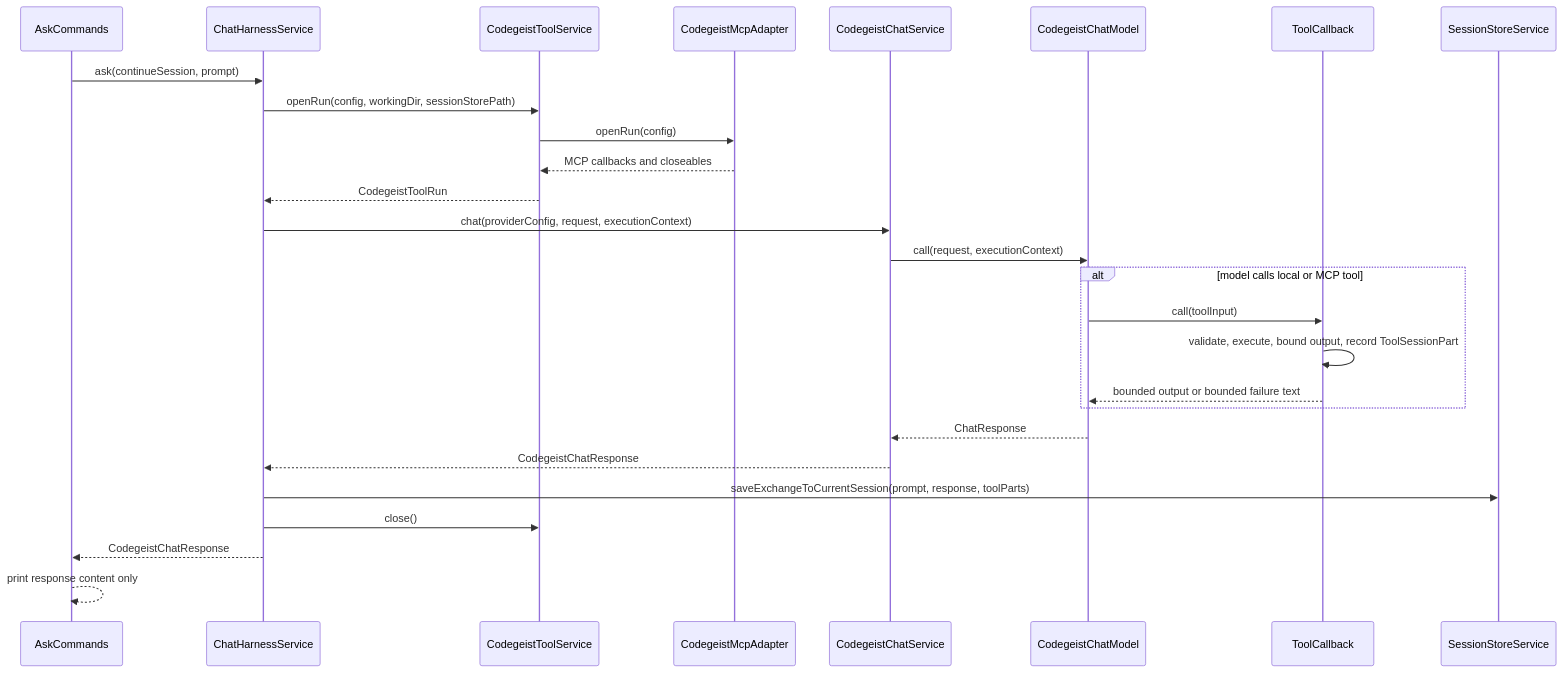
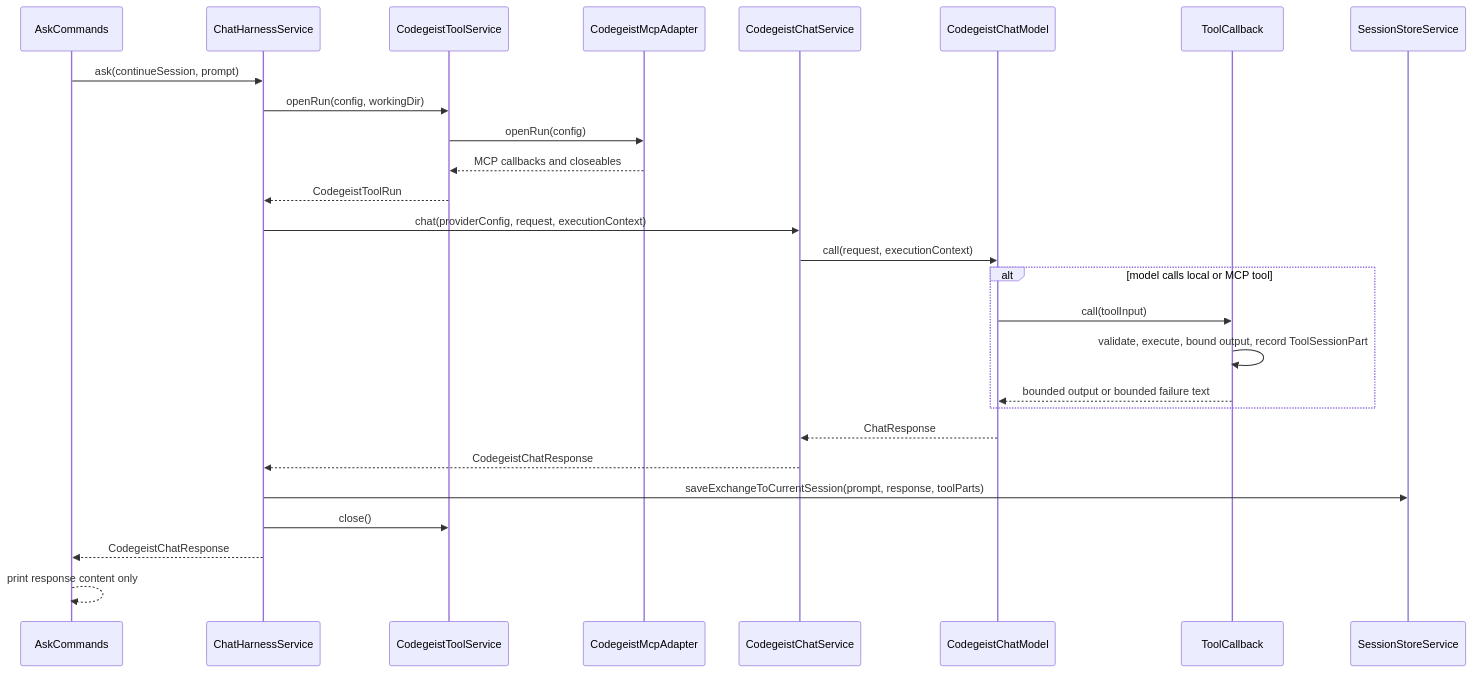
The sixth of 6 diagrams in docs/tasks/T007_build-codegeist-runtime-harness/mcp-and-readwrite-tools-implementation-plan.md (codegeist-ai/codegeist), drawn with Mermaid before and after one commit. The commit also changed other lines of this file and 55 other files, not shown here.

````diff
--- a/docs/tasks/T007_build-codegeist-runtime-harness/mcp-and-readwrite-tools-implementation-plan.md
+++ b/docs/tasks/T007_build-codegeist-runtime-harness/mcp-and-readwrite-tools-implementation-plan.md
@@ -1366,30 +1401,30 @@
 ```mermaid
 sequenceDiagram
     participant Command as AskCommands
     participant Harness as ChatHarnessService
     participant Tools as CodegeistToolService
     participant MCP as CodegeistMcpAdapter
     participant Chat as CodegeistChatService
     participant Model as CodegeistChatModel
     participant Callback as ToolCallback
     participant Store as SessionStoreService
 
     Command->>Harness: ask(continueSession, prompt)
-    Harness->>Tools: openRun(config, workingDir, sessionStorePath)
+    Harness->>Tools: openRun(config, workingDir)
     Tools->>MCP: openRun(config)
     MCP-->>Tools: MCP callbacks and closeables
     Tools-->>Harness: CodegeistToolRun
     Harness->>Chat: chat(providerConfig, request, executionContext)
     Chat->>Model: call(request, executionContext)
     alt model calls local or MCP tool
         Model->>Callback: call(toolInput)
         Callback->>Callback: validate, execute, bound output, record ToolSessionPart
         Callback-->>Model: bounded output or bounded failure text
     end
     Model-->>Chat: ChatResponse
     Chat-->>Harness: CodegeistChatResponse
     Harness->>Store: saveExchangeToCurrentSession(prompt, response, toolParts)
     Harness->>Tools: close()
     Harness-->>Command: CodegeistChatResponse
     Command-->>Command: print response content only
 ```
````
